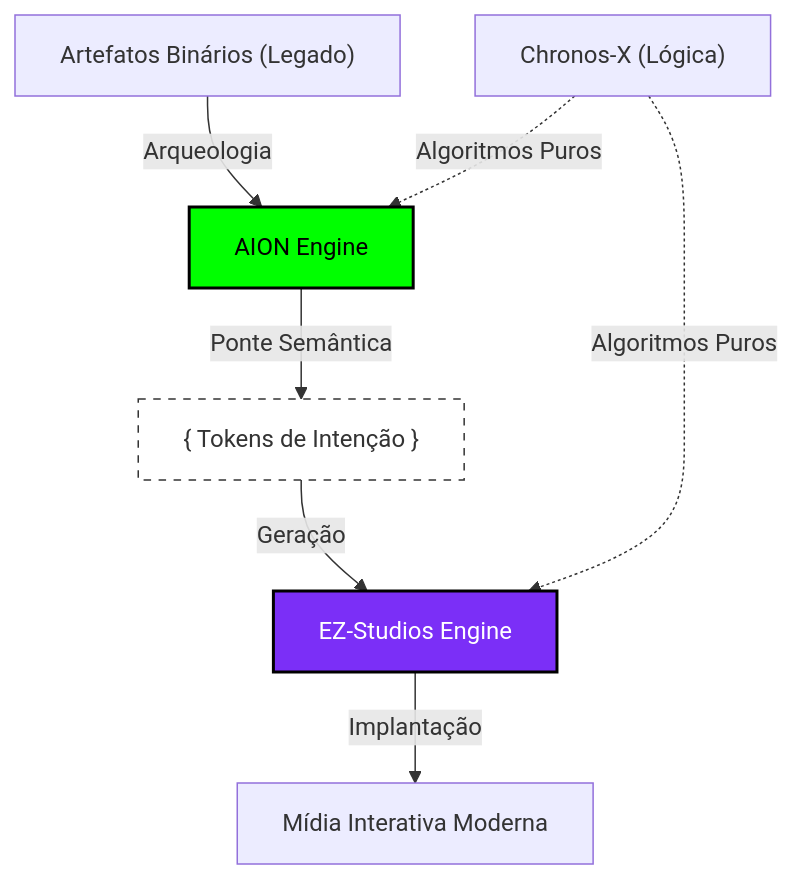
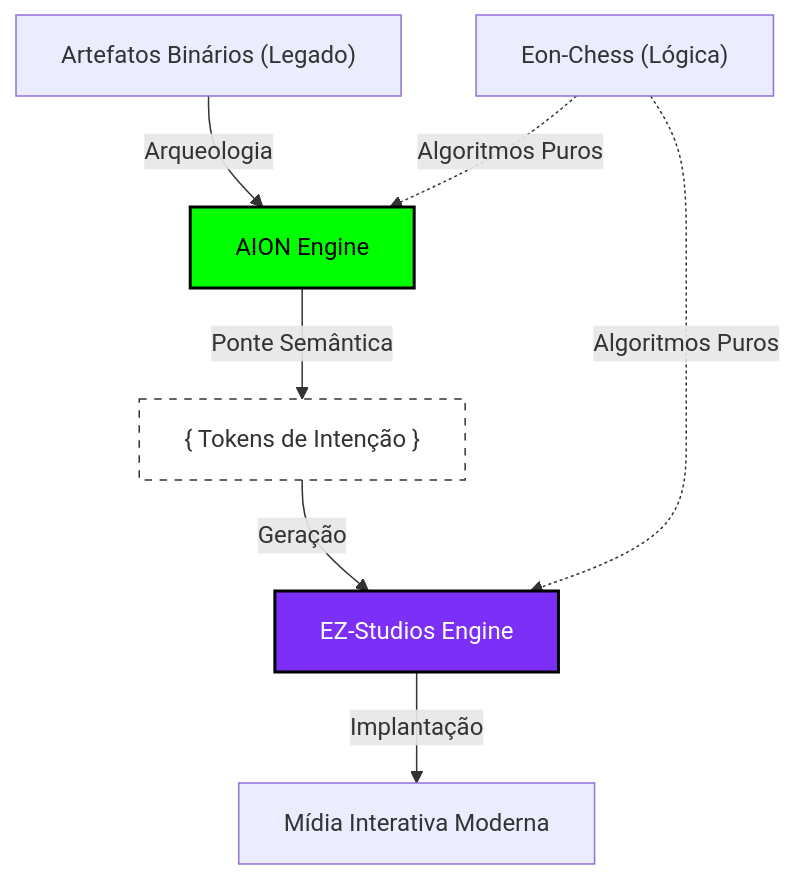
One commit to ez-fundation/.github changed the diagram in profile/README_PT.md. Above: the diagram before and after it, drawn with Mermaid. The commit also changed other lines of this file and 1 other file, not shown here.

Commit message:
docs: replace Chronos-X with Eon-Chess as the central Logic pillar

````diff
--- a/profile/README_PT.md
+++ b/profile/README_PT.md
@@ -40,13 +40,13 @@
 ```mermaid
 graph TD
     A["Artefatos Binários (Legado)"] -->|Arqueologia| B["AION Engine"]
     B -->|Ponte Semântica| C["{ Tokens de Intenção }"]
     C -->|Geração| D["EZ-Studios Engine"]
     D -->|Implantação| E["Mídia Interativa Moderna"]
-    F["Chronos-X (Lógica)"] -.->|Algoritmos Puros| B
+    F["Eon-Chess (Lógica)"] -.->|Algoritmos Puros| B
     F -.->|Algoritmos Puros| D
     
     style B fill:#00ff00,stroke:#000,stroke-width:2px,color:#000
     style D fill:#7b2ff7,stroke:#000,stroke-width:2px,color:#fff
     style C fill:#fff,stroke:#333,stroke-dasharray: 5 5
 ```
````
